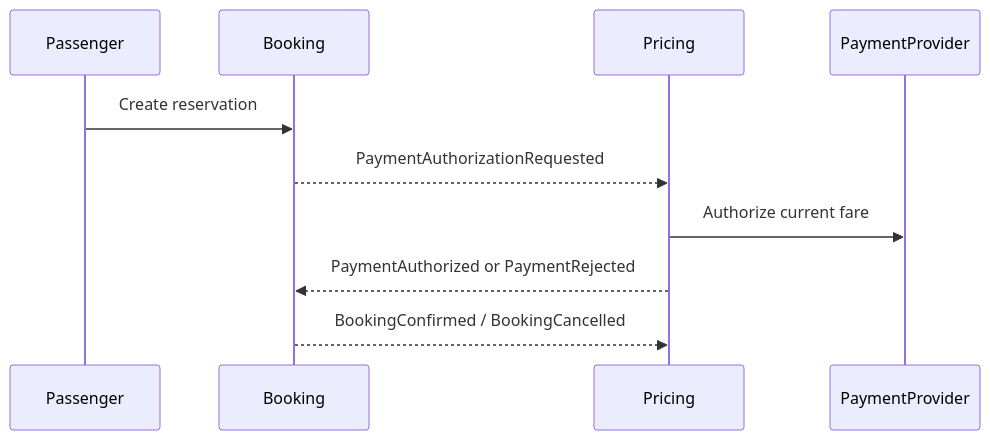
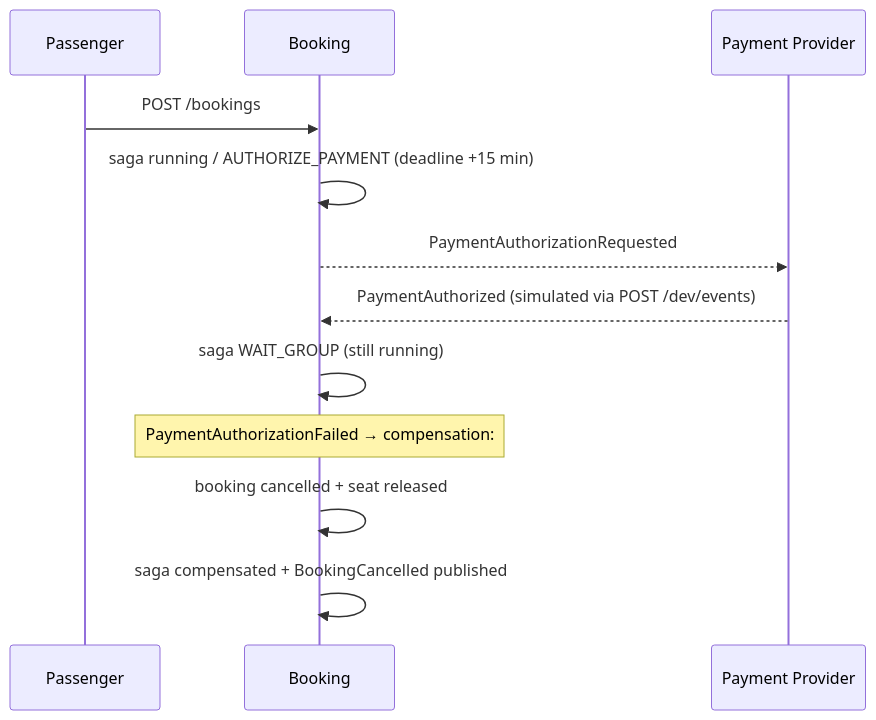
Before and after one commit to FundaTechPeru/shareway-booking-pricing: the diagram in README.md, drawn with Mermaid. The commit also changed other lines of this file and 108 other files, not shown here.

Commit message:
feat(booking&pricing): initialize core module and setup initial endpoints for sprint 1

````diff
--- a/README.md
+++ b/README.md
@@ -69,8 +85,11 @@
 ```mermaid
 sequenceDiagram
-    Passenger->>Booking: Create reservation
-    Booking-->>Pricing: PaymentAuthorizationRequested
-    Pricing->>PaymentProvider: Authorize current fare
-    Pricing-->>Booking: PaymentAuthorized or PaymentRejected
-    Booking-->>Pricing: BookingConfirmed / BookingCancelled
+    Passenger->>Booking: POST /bookings
+    Booking->>Booking: saga running / AUTHORIZE_PAYMENT (deadline +15 min)
+    Booking-->>Payment Provider: PaymentAuthorizationRequested
+    Payment Provider-->>Booking: PaymentAuthorized (simulated via POST /dev/events)
+    Booking->>Booking: saga WAIT_GROUP (still running)
+    Note over Booking: PaymentAuthorizationFailed → compensation:
+    Booking->>Booking: booking cancelled + seat released
+    Booking->>Booking: saga compensated + BookingCancelled published
 ```
````
